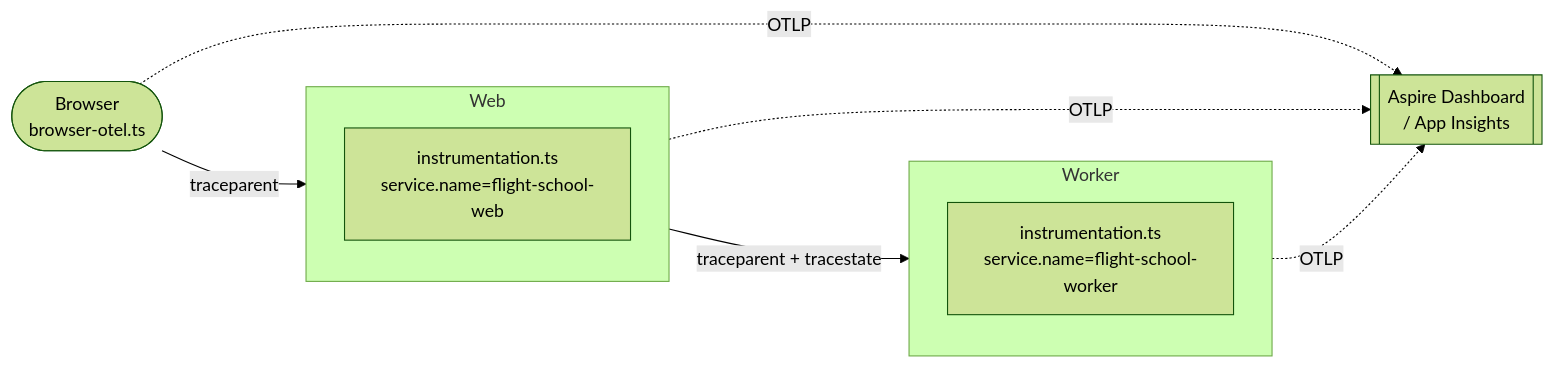
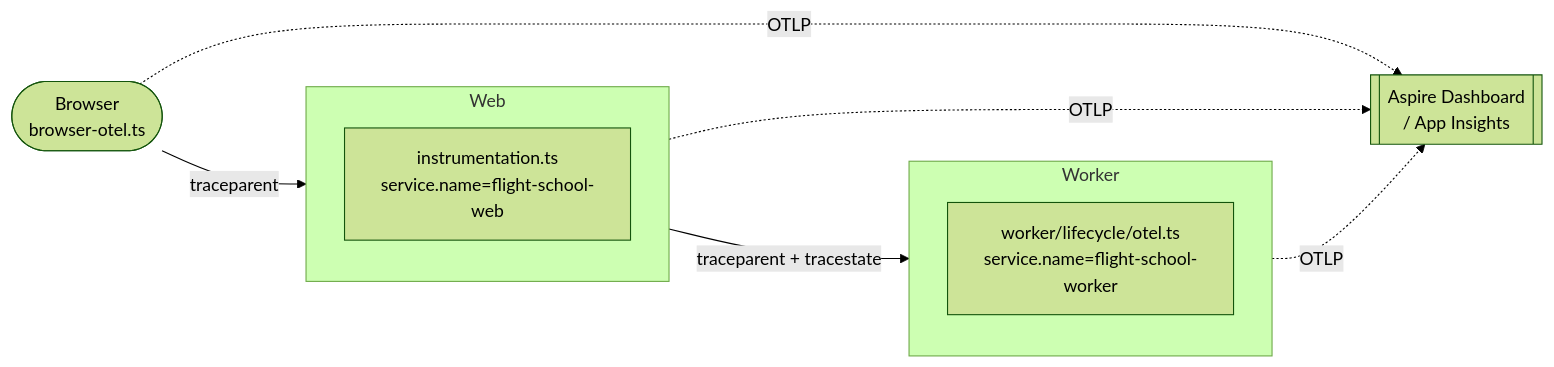
Before and after one commit to chrisreddington/flight-school: the sixth of 6 diagrams in docs/architecture.md, drawn with Mermaid (forest theme). The commit also changed other lines of this file and 44 other files, not shown here.

````diff
--- a/docs/architecture.md
+++ b/docs/architecture.md
@@ -465,17 +466,17 @@
 ```mermaid
 flowchart LR
     Browser([Browser<br/>browser-otel.ts])
     subgraph Web["Web"]
         WInstr["instrumentation.ts<br/>service.name=flight-school-web"]
     end
     subgraph Worker["Worker"]
-        KInstr["instrumentation.ts<br/>service.name=flight-school-worker"]
+        KInstr["worker/lifecycle/otel.ts<br/>service.name=flight-school-worker"]
     end
     Otel[[Aspire Dashboard<br/>/ App Insights]]
 
     Browser -- traceparent --> Web
     Web -- traceparent + tracestate --> Worker
     Browser -. OTLP .-> Otel
     Web -. OTLP .-> Otel
     Worker -. OTLP .-> Otel
 ```
````
